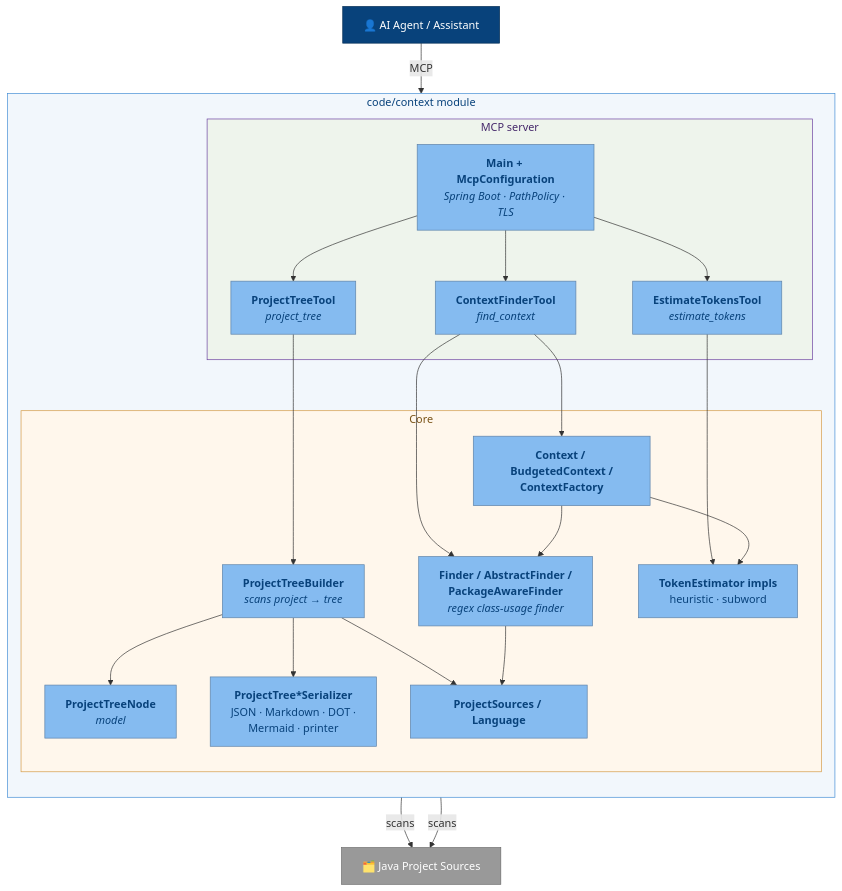
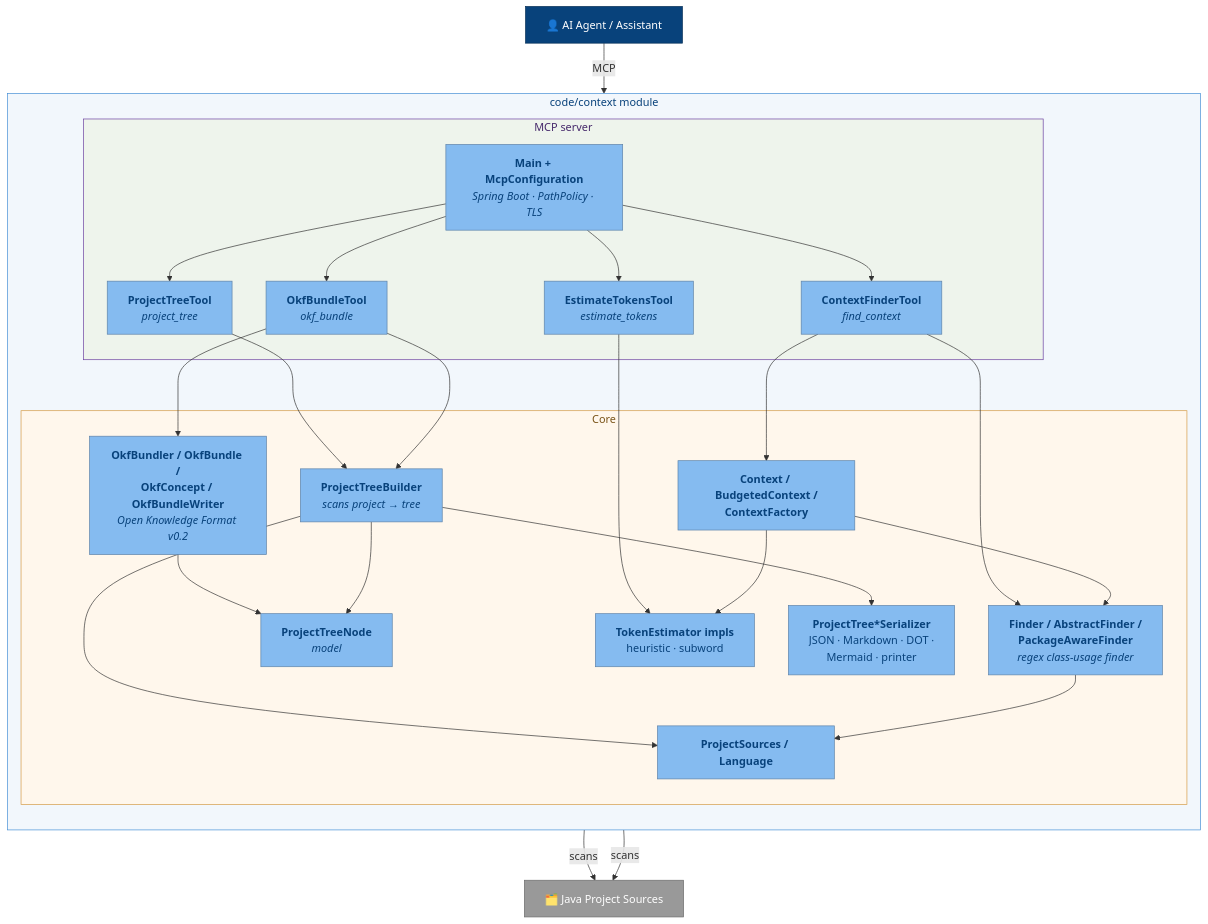
The fourth of 10 diagrams in docs/c4-architecture.md (adamw7/tools), drawn with Mermaid before and after one commit. The commit also changed other lines of this file and 28 other files, not shown here.

First line of the commit message:
feat(context): emit project context as Open Knowledge Format bundles (#541)

````diff
--- a/docs/c4-architecture.md
+++ b/docs/c4-architecture.md
@@ -283,57 +283,63 @@
 ```mermaid
 flowchart TB
     agent["👤 AI Agent / Assistant"]
 
     subgraph context ["code/context module"]
         direction TB
 
         subgraph mcpLayer ["MCP server"]
             mcpMain["<b>Main + McpConfiguration</b><br/><i>Spring Boot · PathPolicy · TLS</i>"]
             treeTool["<b>ProjectTreeTool</b><br/><i>project_tree</i>"]
             finderTool["<b>ContextFinderTool</b><br/><i>find_context</i>"]
             tokenTool["<b>EstimateTokensTool</b><br/><i>estimate_tokens</i>"]
+            okfTool["<b>OkfBundleTool</b><br/><i>okf_bundle</i>"]
         end
 
         subgraph core ["Core"]
             finder["<b>Finder / AbstractFinder /<br/>PackageAwareFinder</b><br/><i>regex class-usage finder</i>"]
             context_["<b>Context / BudgetedContext /<br/>ContextFactory</b>"]
             treeBuilder["<b>ProjectTreeBuilder</b><br/><i>scans project → tree</i>"]
             treeNode["<b>ProjectTreeNode</b><br/><i>model</i>"]
             serializers["<b>ProjectTree*Serializer</b><br/>JSON · Markdown · DOT ·<br/>Mermaid · printer"]
+            okf["<b>OkfBundler / OkfBundle /<br/>OkfConcept / OkfBundleWriter</b><br/><i>Open Knowledge Format v0.2</i>"]
             tokens["<b>TokenEstimator impls</b><br/>heuristic · subword"]
             sources["<b>ProjectSources / Language</b>"]
         end
     end
 
     projectSrc["🗂️ Java Project Sources"]
 
     agent -->|"MCP"| mcpMain
     mcpMain --> treeTool
     mcpMain --> finderTool
     mcpMain --> tokenTool
+    mcpMain --> okfTool
 
     treeTool --> treeBuilder
+    okfTool --> treeBuilder
+    okfTool --> okf
+    okf --> treeNode
     finderTool --> context_
     finderTool --> finder
     tokenTool --> tokens
 
     treeBuilder --> treeNode
     treeBuilder --> serializers
     treeBuilder --> sources
     finder --> sources
     context_ --> finder
     context_ --> tokens
 
     finder -->|"scans"| projectSrc
     treeBuilder -->|"scans"| projectSrc
 
     classDef person fill:#08427b,stroke:#052e56,color:#fff
     classDef comp fill:#85bbf0,stroke:#5d82a8,color:#08427b
     classDef ext fill:#999999,stroke:#6b6b6b,color:#fff
     class agent person
-    class mcpMain,treeTool,finderTool,tokenTool,finder,context_,treeBuilder,treeNode,serializers,tokens,sources comp
+    class mcpMain,treeTool,finderTool,tokenTool,okfTool,finder,context_,treeBuilder,treeNode,serializers,okf,tokens,sources comp
     class projectSrc ext
     style context fill:#f2f7fc,stroke:#438dd5,color:#08427b
     style mcpLayer fill:#eef4ec,stroke:#6b3fa0,color:#46296b
     style core fill:#fff7ec,stroke:#d59a43,color:#7a5418
 ```
````
